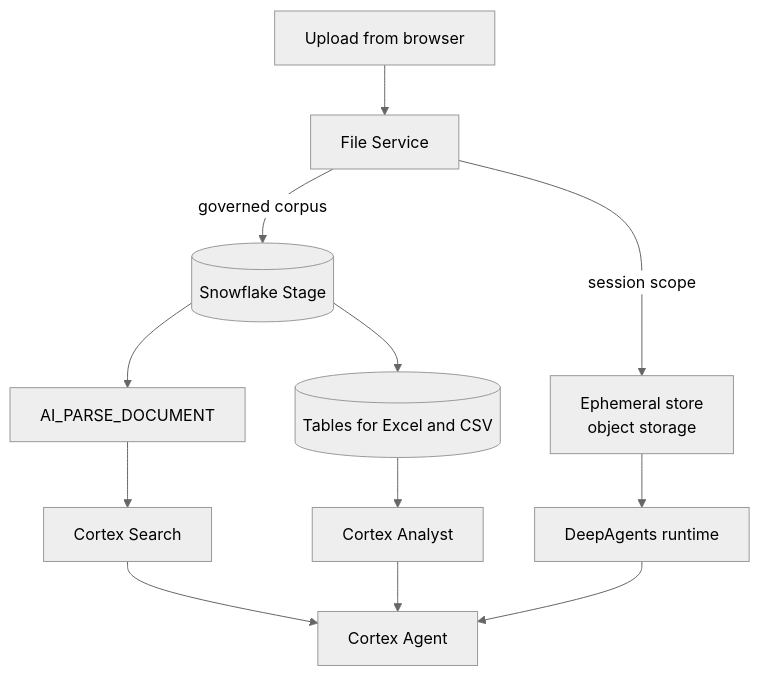
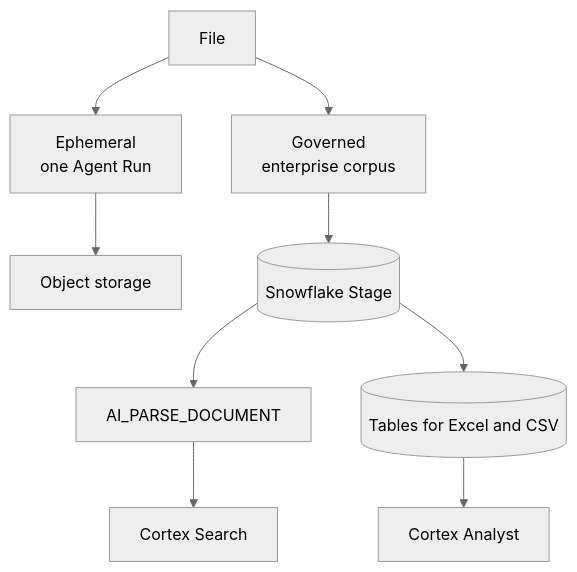
The third of 6 diagrams in temp/Snowflake Agent体系-成稿.md (devweekly/devweekly.github.io), drawn with Mermaid (neutral theme) before and after one commit. The commit also changed other lines of this file, not shown here.

````diff
--- a/temp/Snowflake Agent体系-成稿.md
+++ b/temp/Snowflake Agent体系-成稿.md
@@ -128,25 +107,21 @@
 ```mermaid
 flowchart TD
-    U["Upload from browser"]
-    FS["File Service"]
-    EP["Ephemeral store<br/>object storage"]
+    F["File"]
+    EP["Ephemeral<br/>one Agent Run"]
+    GV["Governed<br/>enterprise corpus"]
+    OS["Object storage"]
     ST[("Snowflake Stage")]
     PA["AI_PARSE_DOCUMENT"]
     CS["Cortex Search"]
     TB[("Tables for Excel and CSV")]
     AN["Cortex Analyst"]
-    DA["DeepAgents runtime"]
-    CA["Cortex Agent"]
 
-    U --> FS
-    FS -->|session scope| EP
-    FS -->|governed corpus| ST
-    EP --> DA
+    F --> EP
+    F --> GV
+    EP --> OS
+    GV --> ST
     ST --> PA
     PA --> CS
     ST --> TB
     TB --> AN
-    CS --> CA
-    AN --> CA
-    DA --> CA
 ```
````
